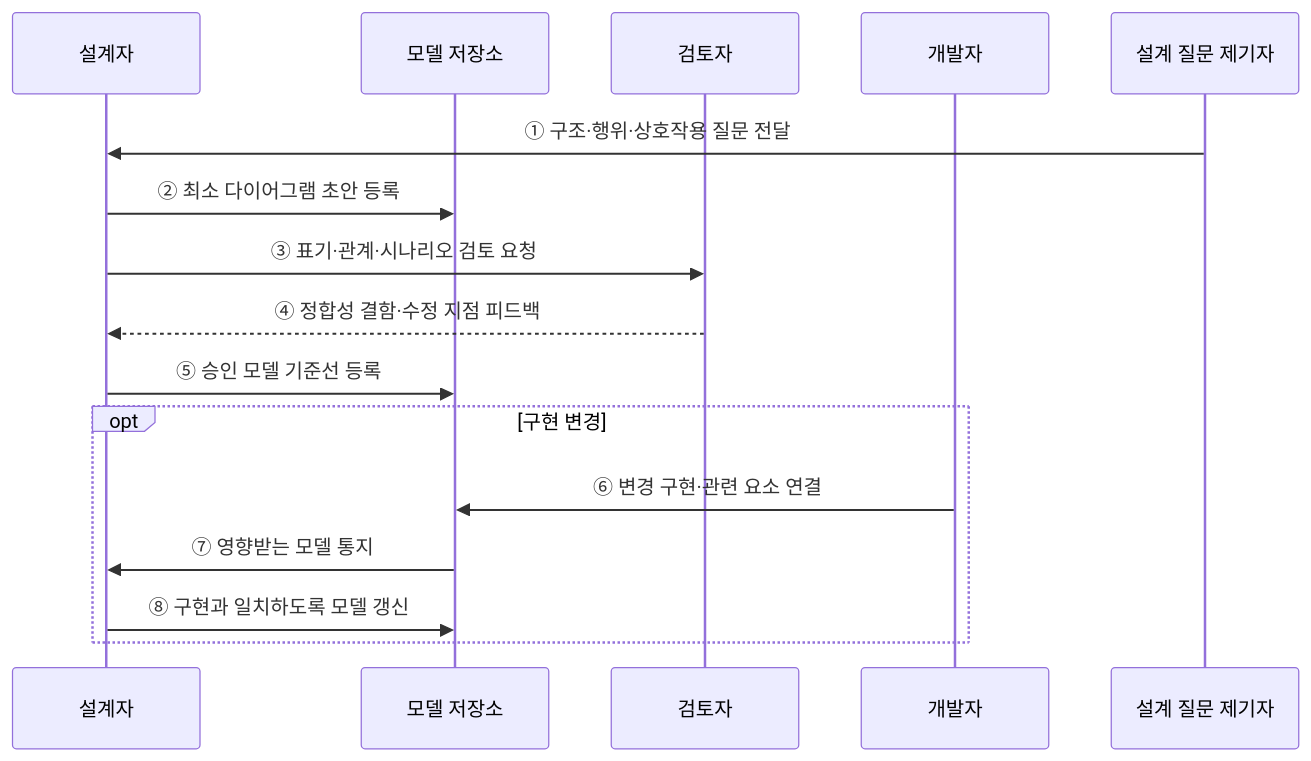
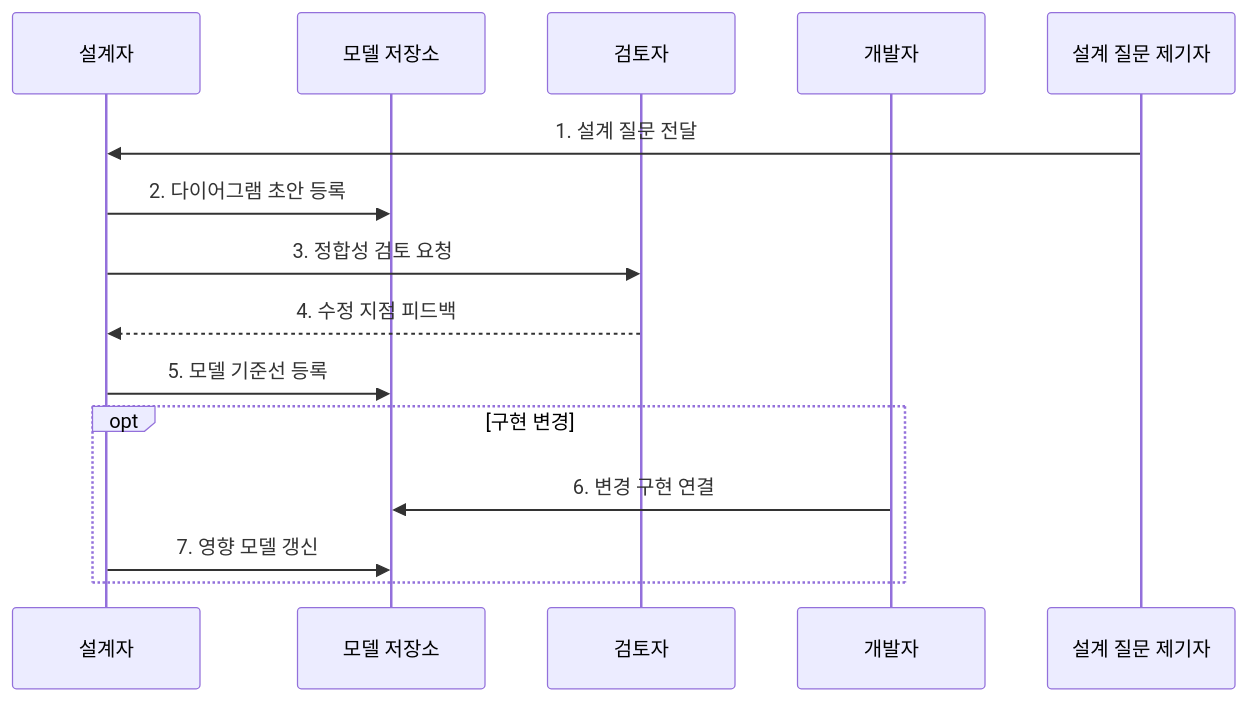
Before and after one commit to agnusdei1207/knowledge-base: the second of 2 diagrams in src/content/docs/notes/03-software/037_uml_diagrams.md, drawn with Mermaid. The commit also changed other lines of this file and 20 other files, not shown here.

````diff
--- a/src/content/docs/notes/03-software/037_uml_diagrams.md
+++ b/src/content/docs/notes/03-software/037_uml_diagrams.md
@@ -76,18 +80,17 @@
 ```mermaid
 sequenceDiagram
     participant D as 설계자
     participant R as 모델 저장소
     participant V as 검토자
     participant P as 개발자
     participant Q as 설계 질문 제기자
-    Q->>D: ① 구조·행위·상호작용 질문 전달
-    D->>R: ② 최소 다이어그램 초안 등록
-    D->>V: ③ 표기·관계·시나리오 검토 요청
-    V-->>D: ④ 정합성 결함·수정 지점 피드백
-    D->>R: ⑤ 승인 모델 기준선 등록
+    Q->>D: 1. 설계 질문 전달
+    D->>R: 2. 다이어그램 초안 등록
+    D->>V: 3. 정합성 검토 요청
+    V-->>D: 4. 수정 지점 피드백
+    D->>R: 5. 모델 기준선 등록
     opt 구현 변경
-        P->>R: ⑥ 변경 구현·관련 요소 연결
-        R->>D: ⑦ 영향받는 모델 통지
-        D->>R: ⑧ 구현과 일치하도록 모델 갱신
+        P->>R: 6. 변경 구현 연결
+        D->>R: 7. 영향 모델 갱신
     end
 ```
````
